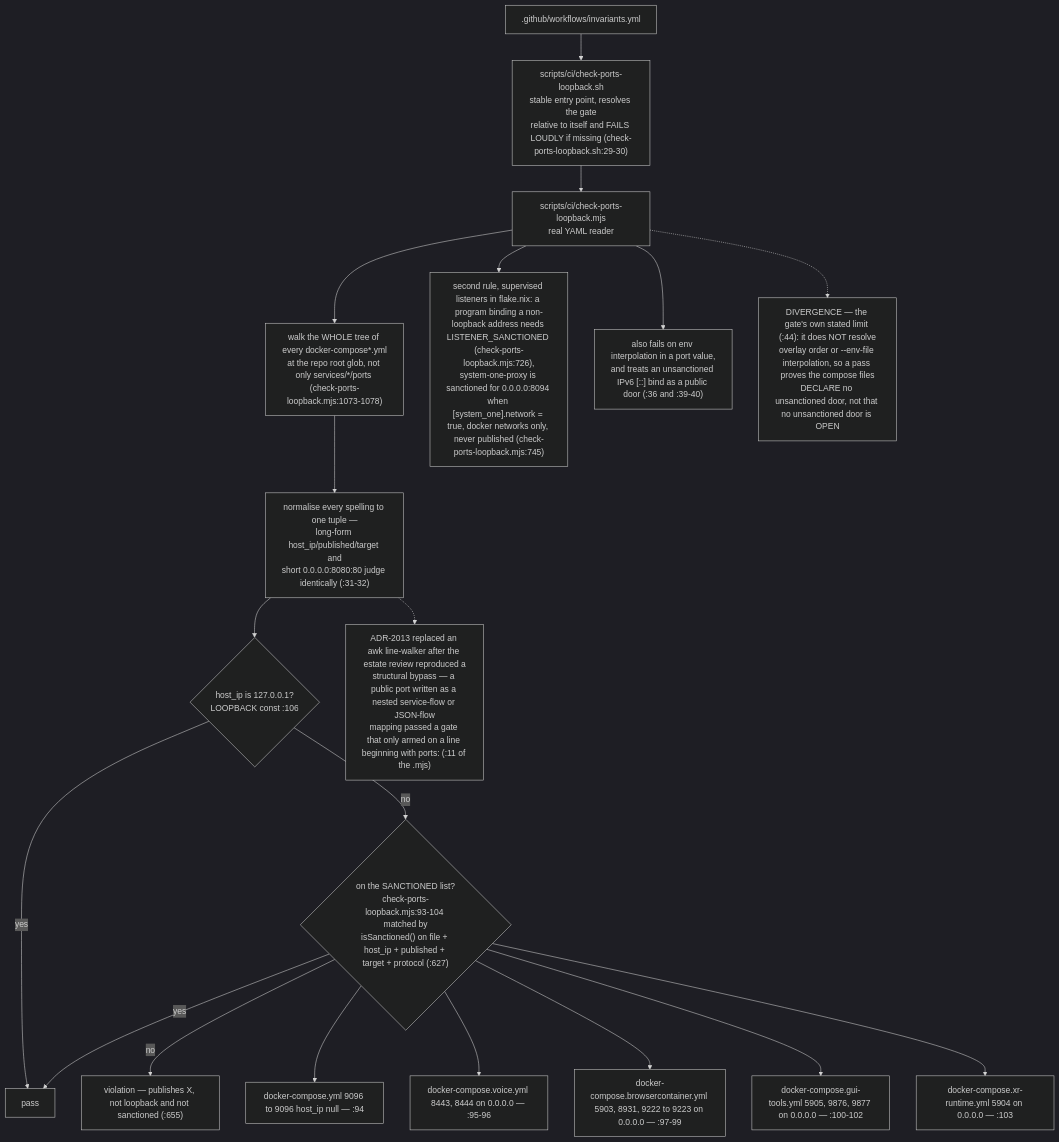
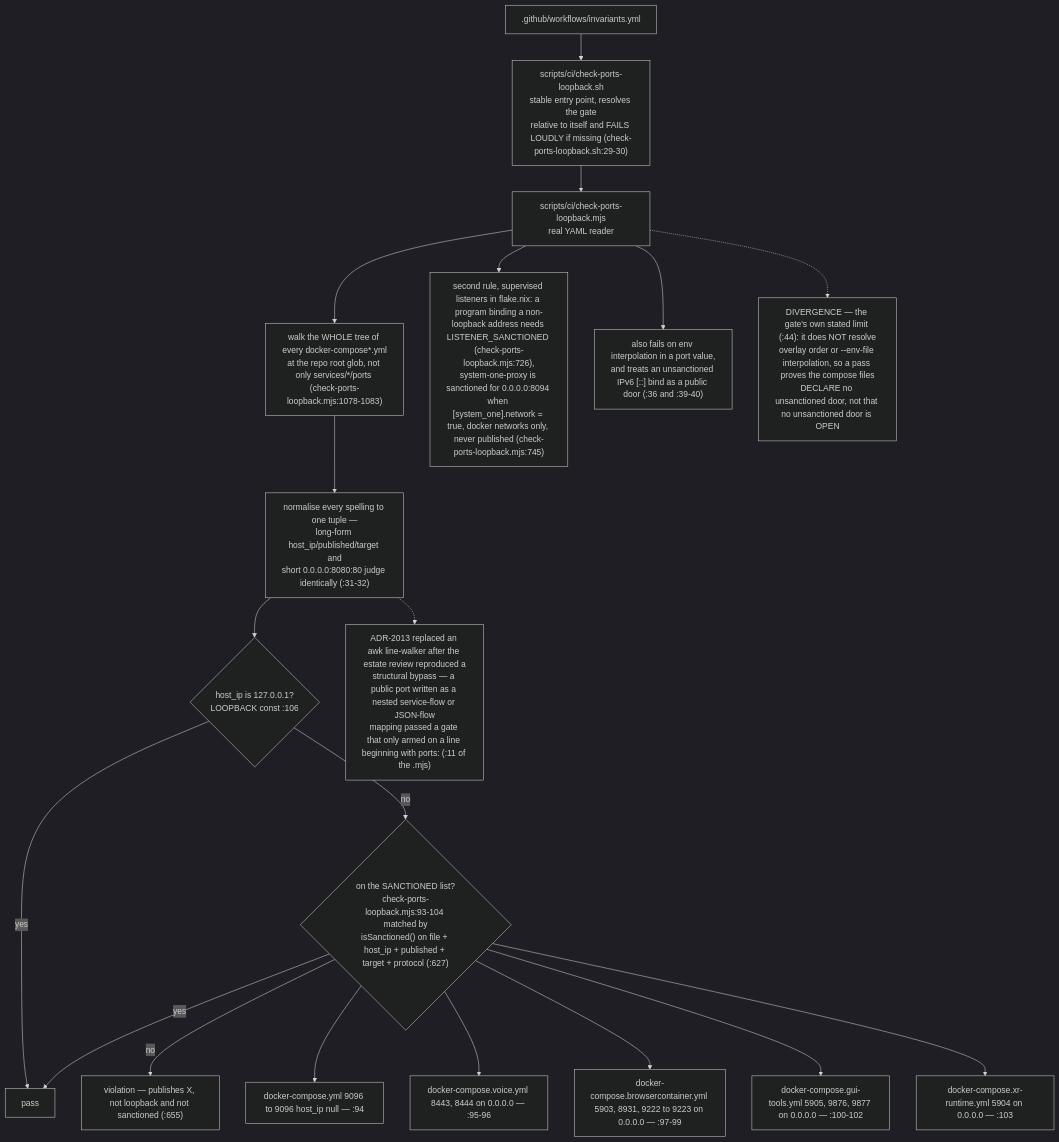
The second of 14 diagrams in docs/diagrams/agentbox/06-sidecars-and-compose-overlays.md (DreamLab-AI/VisionFlow), drawn with Mermaid (dark theme) before and after one commit. The commit also changed other lines of this file and 36 other files, not shown here.

First line of the commit message:
docs(diagrams): re-derive and re-stamp agentbox, dream-engine, visioncraft, visiontouch and vowl topics; drop LAN addresses

````diff
--- a/docs/diagrams/agentbox/06-sidecars-and-compose-overlays.md
+++ b/docs/diagrams/agentbox/06-sidecars-and-compose-overlays.md
@@ -93,21 +93,21 @@
 ```mermaid
 flowchart TD
     CI[".github/workflows/invariants.yml"] --> W["scripts/ci/check-ports-loopback.sh<br/>stable entry point, resolves the gate<br/>relative to itself and FAILS LOUDLY if missing (check-ports-loopback.sh:29-30)"]
     W --> G["scripts/ci/check-ports-loopback.mjs<br/>real YAML reader"]
-    G --> WALK["walk the WHOLE tree of every docker-compose*.yml<br/>at the repo root glob, not only services/*/ports (check-ports-loopback.mjs:1073-1078)"]
+    G --> WALK["walk the WHOLE tree of every docker-compose*.yml<br/>at the repo root glob, not only services/*/ports (check-ports-loopback.mjs:1078-1083)"]
     WALK --> NORM["normalise every spelling to one tuple —<br/>long-form host_ip/published/target and<br/>short 0.0.0.0:8080:80 judge identically (:31-32)"]
     NORM --> J{"host_ip is 127.0.0.1?<br/>LOOPBACK const :106"}
     J -->|yes| PASS["pass"]
     J -->|no| S{"on the SANCTIONED list?<br/>check-ports-loopback.mjs:93-104 matched by<br/>isSanctioned() on file + host_ip + published + target + protocol (:627)"}
     S -->|yes| PASS
     S -->|no| FAIL["violation — publishes X, not loopback and not sanctioned (:655)"]
     S --> L1["docker-compose.yml 9096 to 9096 host_ip null — :94"]
     S --> L2["docker-compose.voice.yml 8443, 8444 on 0.0.0.0 — :95-96"]
     S --> L3["docker-compose.browsercontainer.yml 5903, 8931, 9222 to 9223 on 0.0.0.0 — :97-99"]
     S --> L4["docker-compose.gui-tools.yml 5905, 9876, 9877 on 0.0.0.0 — :100-102"]
     S --> L5["docker-compose.xr-runtime.yml 5904 on 0.0.0.0 — :103"]
     G --> LST["second rule, supervised listeners in flake.nix: a program binding a non-loopback address needs LISTENER_SANCTIONED (check-ports-loopback.mjs:726),<br/>system-one-proxy is sanctioned for 0.0.0.0:8094 when [system_one].network = true, docker networks only, never published (check-ports-loopback.mjs:745)"]
     G --> ALSO["also fails on env interpolation in a port value,<br/>and treats an unsanctioned IPv6 [::] bind as a public door (:36 and :39-40)"]
     G -.-> LIM["DIVERGENCE — the gate's own stated limit (:44): it does NOT resolve<br/>overlay order or --env-file interpolation, so a pass proves the compose files<br/>DECLARE no unsanctioned door, not that no unsanctioned door is OPEN"]
     NORM -.-> HIST["ADR-2013 replaced an awk line-walker after the estate review reproduced a<br/>structural bypass — a public port written as a nested service-flow or JSON-flow<br/>mapping passed a gate that only armed on a line beginning with ports: (:11 of the .mjs)"]
 ```
````
